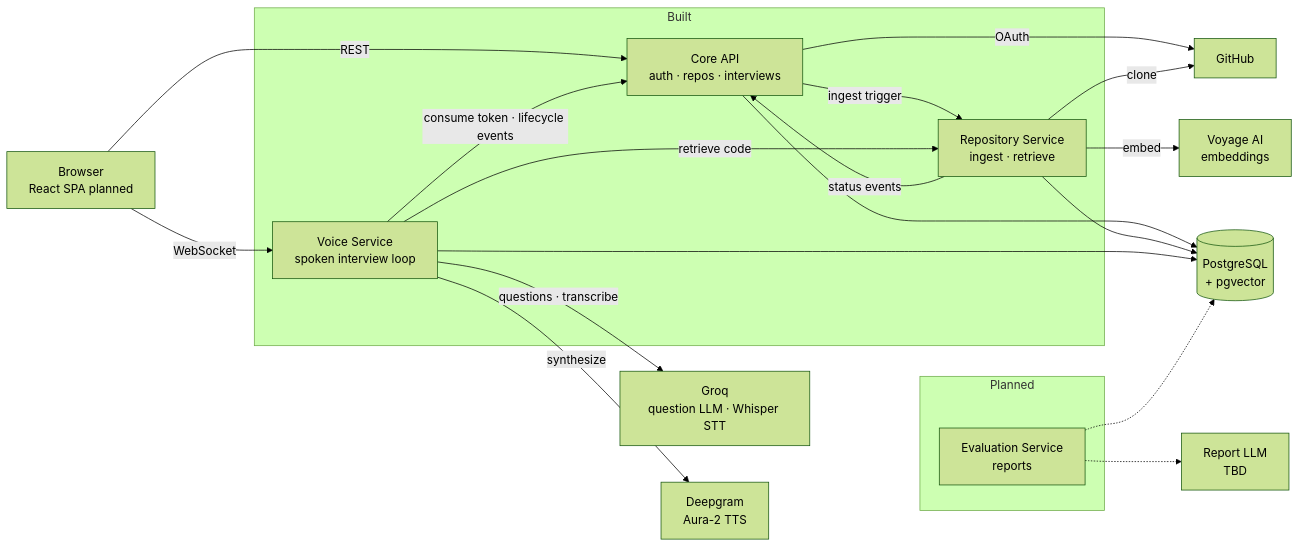
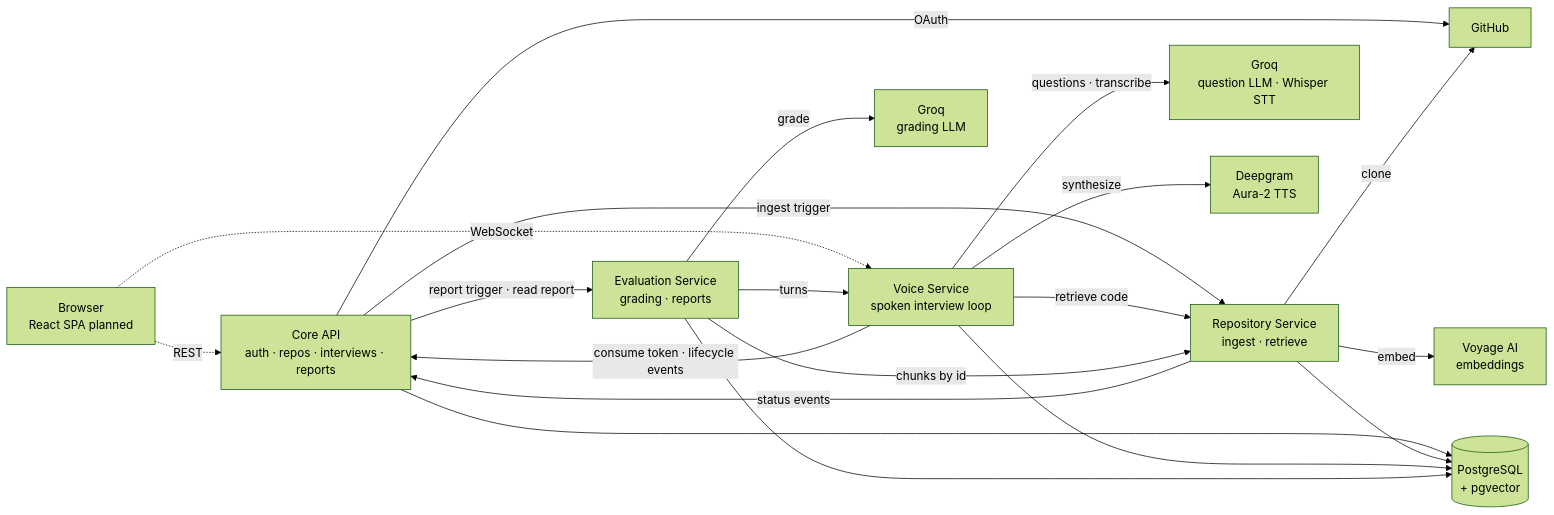
One commit to missLaiba22/RepoViva changed the diagram in README.md. Above: the diagram before and after it, drawn with Mermaid (forest theme). The commit also changed other lines of this file and 2 other files, not shown here.

Commit message:
docs: mark evaluation service implemented, correct decisions 030 and 051
README and architecture.md still showed Evaluation Service as planned.
They now show it built, with the report flow, the grading model and the
current limits (public repositories only, free-tier capacity, not
deployed).

Decision 030: the query is embedded in Repository Service, not Voice
Service. Decision 051: a failed report is not regenerated when it is
read; the lazy re-trigger only fires when there is no report. Also
notes that Groq's daily limit is a rolling 24-hour window.

````diff
--- a/README.md
+++ b/README.md
@@ -13,38 +13,36 @@
 ```mermaid
 flowchart LR
     FE[Browser<br/>React SPA planned]
 
-    subgraph Built
-        CORE[Core API<br/>auth · repos · interviews]
-        REPO[Repository Service<br/>ingest · retrieve]
-        VOICE[Voice Service<br/>spoken interview loop]
-    end
-
-    subgraph Planned
-        EVAL[Evaluation Service<br/>reports]
-    end
+    CORE[Core API<br/>auth · repos · interviews · reports]
+    REPO[Repository Service<br/>ingest · retrieve]
+    VOICE[Voice Service<br/>spoken interview loop]
+    EVAL[Evaluation Service<br/>grading · reports]
 
     DB[(PostgreSQL<br/>+ pgvector)]
     GH[GitHub]
     VOY[Voyage AI<br/>embeddings]
     LLM[Groq<br/>question LLM · Whisper STT]
     TTS[Deepgram<br/>Aura-2 TTS]
-    AI[Report LLM<br/>TBD]
+    AI[Groq<br/>grading LLM]
 
-    FE -- REST --> CORE
-    FE -- WebSocket --> VOICE
+    FE -. REST .-> CORE
+    FE -. WebSocket .-> VOICE
     CORE -- OAuth --> GH
     CORE -- ingest trigger --> REPO
     REPO -- status events --> CORE
     REPO -- clone --> GH
     REPO -- embed --> VOY
     VOICE -- consume token · lifecycle events --> CORE
     VOICE -- retrieve code --> REPO
     VOICE -- questions · transcribe --> LLM
     VOICE -- synthesize --> TTS
-    EVAL -.-> AI
+    CORE -- report trigger · read report --> EVAL
+    EVAL -- turns --> VOICE
+    EVAL -- chunks by id --> REPO
+    EVAL -- grade --> AI
     CORE --> DB
     REPO --> DB
     VOICE --> DB
-    EVAL -.-> DB
+    EVAL --> DB
 ```
````
